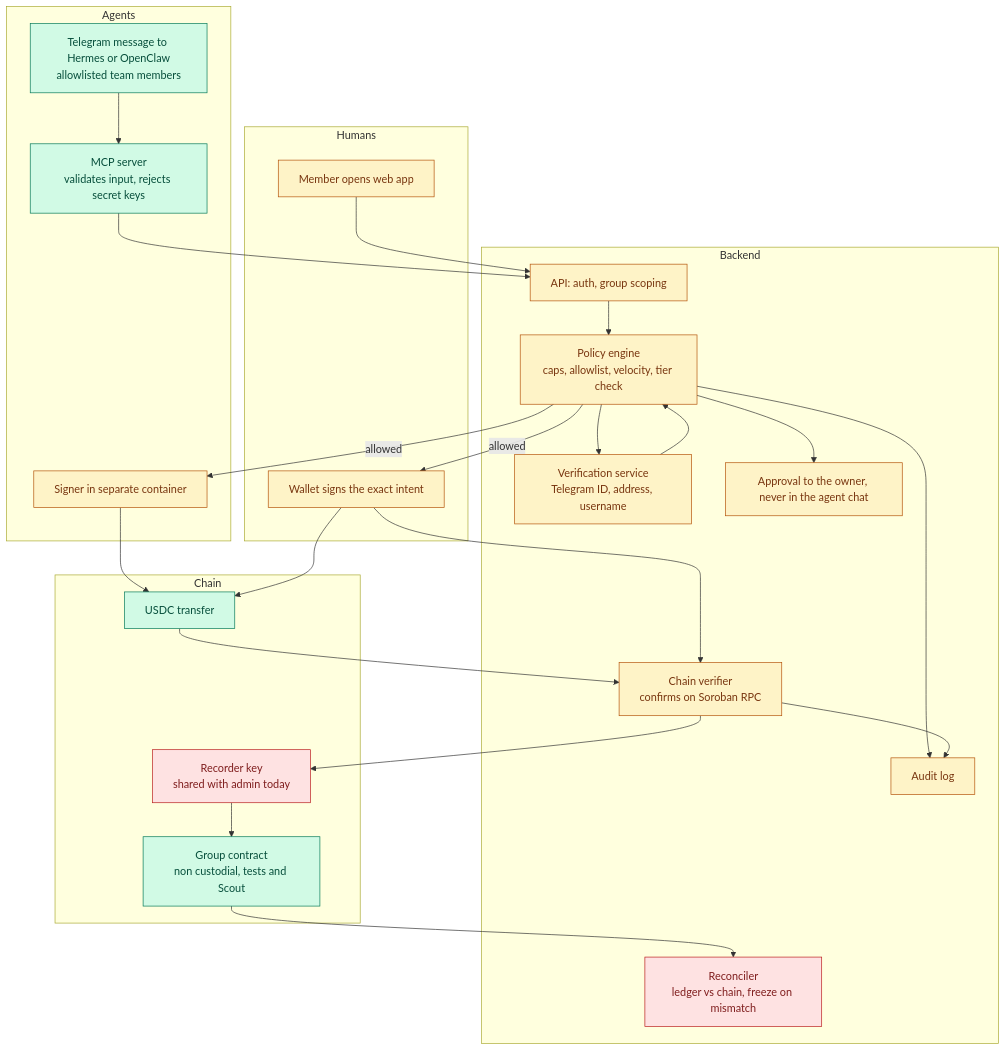
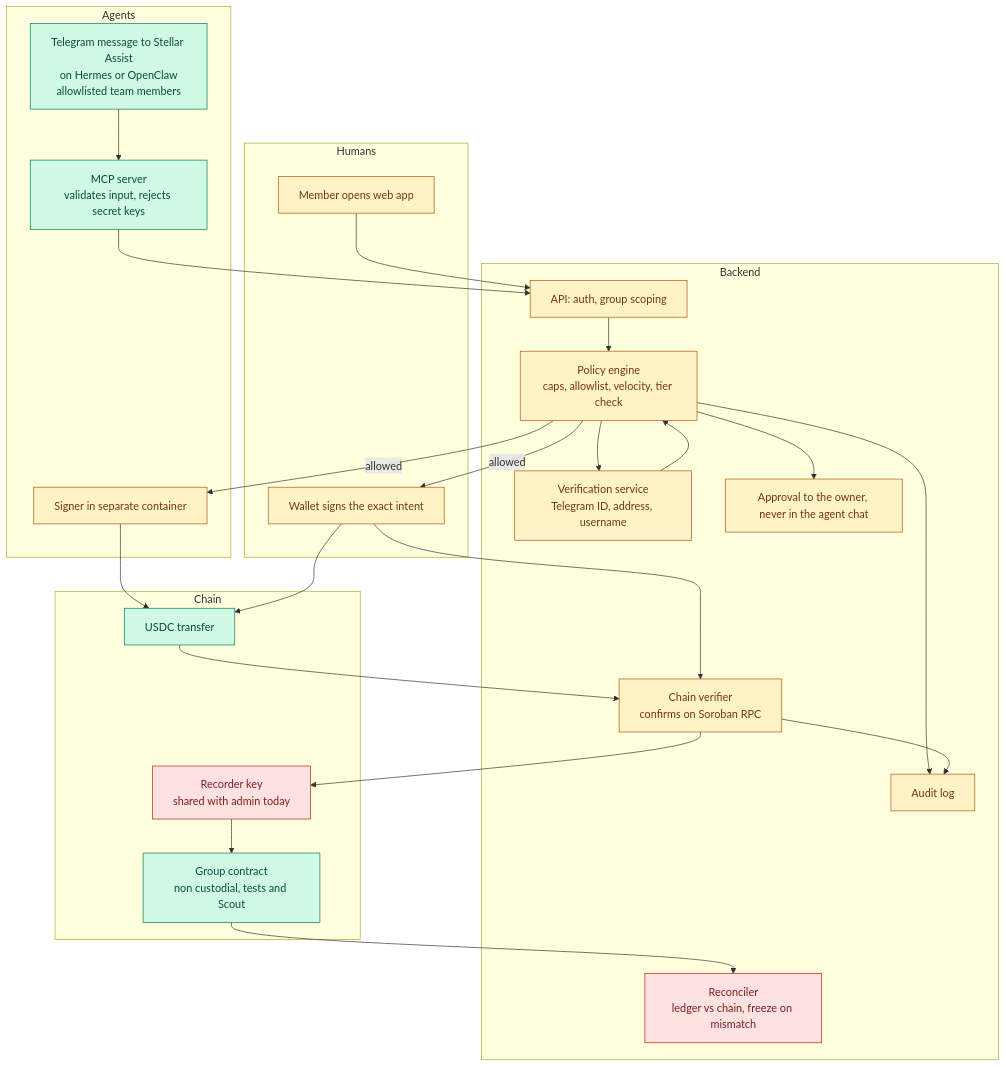
The second of 3 diagrams in docs/security/diagrams/security-workflow.md (Michella-stack/Stellar-Split), drawn with Mermaid before and after one commit. The commit also changed other lines of this file and 7 other files, not shown here.

First line of the commit message:
docs(security): call the user-facing agent Stellar Assist

````diff
--- a/docs/security/diagrams/security-workflow.md
+++ b/docs/security/diagrams/security-workflow.md
@@ -39,49 +39,49 @@
 ```mermaid
 flowchart TB
   classDef built fill:#d1fae5,stroke:#047857,color:#064e3b
   classDef planned fill:#fef3c7,stroke:#b45309,color:#78350f
   classDef gap fill:#fee2e2,stroke:#b91c1c,color:#7f1d1d
 
   subgraph Humans
     H1["Member opens web app"]:::planned
     H2["Wallet signs the exact intent"]:::planned
   end
 
   subgraph Agents
-    G1["Telegram message to Hermes or OpenClaw<br/>allowlisted team members"]:::built
+    G1["Telegram message to Stellar Assist<br/>on Hermes or OpenClaw<br/>allowlisted team members"]:::built
     G2["MCP server<br/>validates input, rejects secret keys"]:::built
     G3["Signer in separate container"]:::planned
   end
 
   subgraph Backend
     P1["API: auth, group scoping"]:::planned
     P2["Policy engine<br/>caps, allowlist, velocity, tier check"]:::planned
     P3["Verification service<br/>Telegram ID, address, username"]:::planned
     P4["Approval to the owner, never in the agent chat"]:::planned
     P5["Chain verifier<br/>confirms on Soroban RPC"]:::planned
     P6["Reconciler<br/>ledger vs chain, freeze on mismatch"]:::gap
     P7["Audit log"]:::planned
   end
 
   subgraph Chain
     C1["Group contract<br/>non custodial, tests and Scout"]:::built
     C2["USDC transfer"]:::built
     C3["Recorder key<br/>shared with admin today"]:::gap
   end
 
   H1 --> P1
   H2 --> P5
   G1 --> G2 --> P1
   P1 --> P2
   P2 --> P3
   P2 --> P4
   P3 --> P2
   P2 -- allowed --> G3
   P2 -- allowed --> H2
   G3 --> C2
   H2 --> C2
   C2 --> P5 --> C3 --> C1
   C1 --> P6
   P2 --> P7
   P5 --> P7
 ```
````
